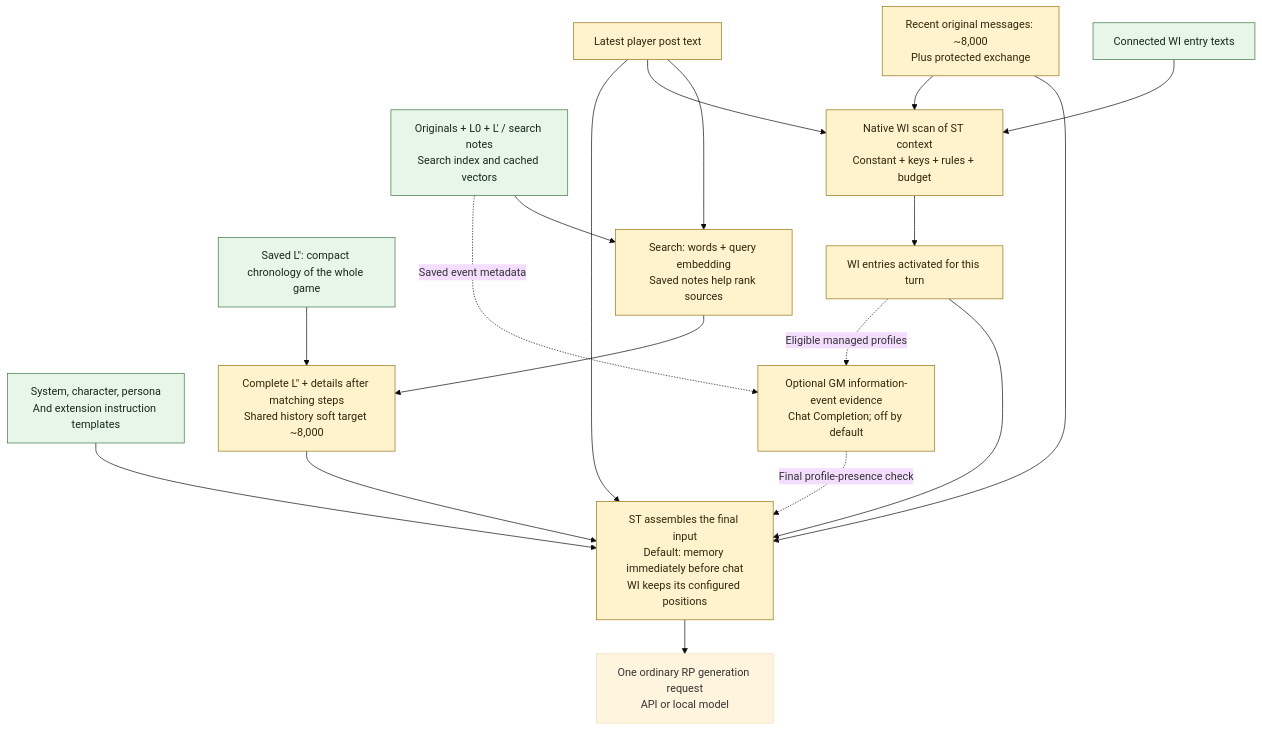
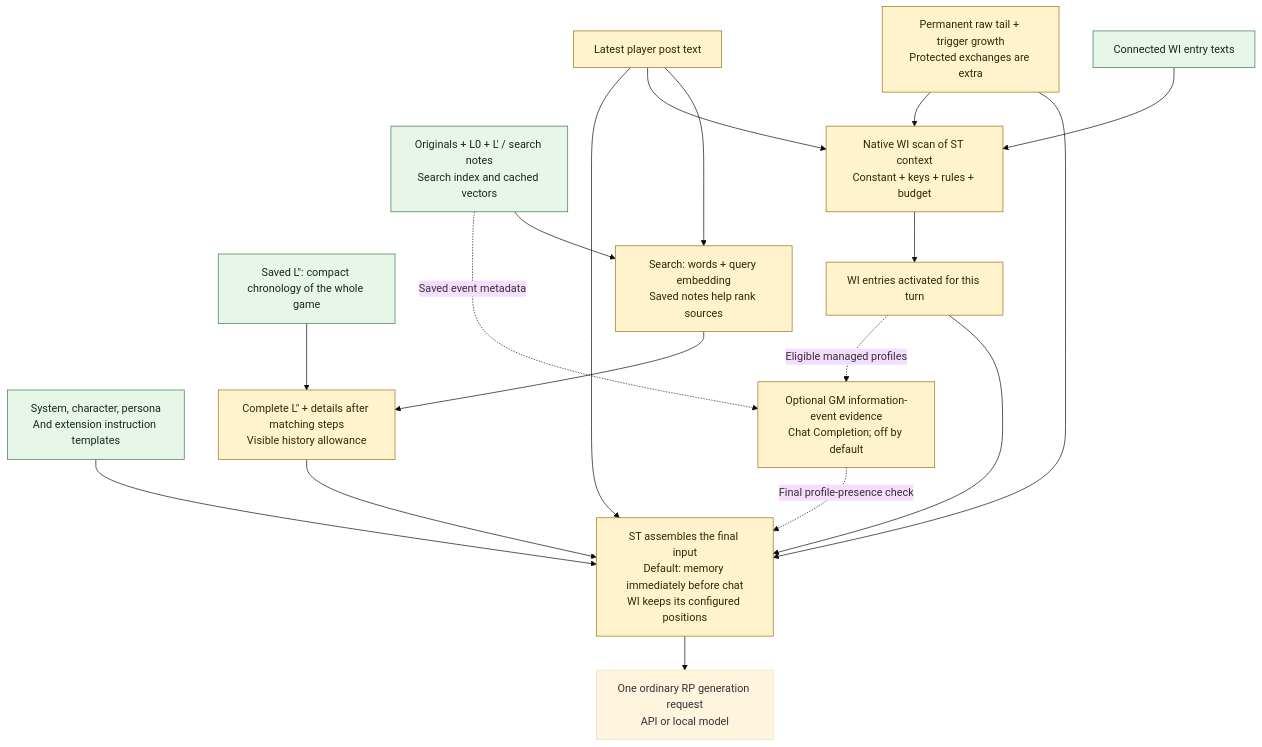
One commit to Ilya626/Extension-WorldMemory changed the second of 2 diagrams in README.md. Above: the diagram before and after it, drawn with Mermaid (base theme). The commit also changed other lines of this file and 25 other files, not shown here.

````diff
--- a/README.md
+++ b/README.md
@@ -86,31 +99,31 @@
 ```mermaid
 flowchart TD
         C["System, character, persona<br/>And extension instruction templates"]
         I["Originals + L0 + L′ / search notes<br/>Search index and cached vectors"]
         J["Saved L″: compact chronology of the whole game"]
         W["Connected WI entry texts"]
         Q["Latest player post text"] --> R["Search: words + query embedding<br/>Saved notes help rank sources"]
-        R --> H["Complete L″ + details after matching steps<br/>Shared history soft target ~8,000"]
+        R --> H["Complete L″ + details after matching steps<br/>Visible history allowance"]
         J --> H
-        T["Recent original messages: ~8,000<br/>Plus protected exchange"]
+        T["Permanent raw tail + trigger growth<br/>Protected exchanges are extra"]
         S["Native WI scan of ST context<br/>Constant + keys + rules + budget"]
         S --> X["WI entries activated for this turn"]
         G["ST assembles the final input<br/>Default: memory immediately before chat<br/>WI keeps its configured positions"]
         H --> G
         T --> G
         X --> G
     I --> R
     W --> S
     Q --> S
     T --> S
     Q --> G
     C --> G
     X -. "Eligible managed profiles" .-> F["Optional GM information-event evidence<br/>Chat Completion; off by default"]
     I -. "Saved event metadata" .-> F
     F -. "Final profile-presence check" .-> G
     G --> M["One ordinary RP generation request<br/>API or local model"]
     classDef saved fill:#e8f5e9,stroke:#387644,color:#142b1a;
     classDef rebuilt fill:#fff3cd,stroke:#947214,color:#30270d;
     class C,I,W,J saved;
     class Q,R,H,T,S,X,F,G rebuilt;
 ```
````
